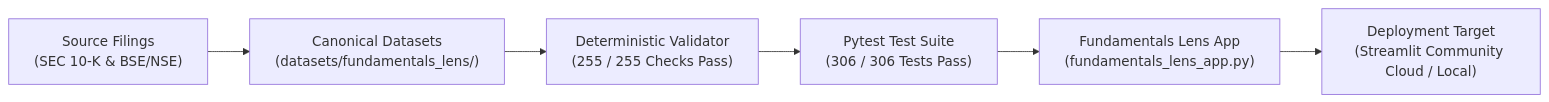
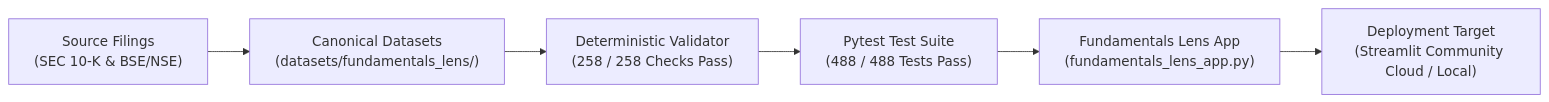
Before and after one commit to Rishika667/Financial-Intelligence-Radar: the diagram in docs/FUNDAMENTALS_LENS_DEPLOYMENT_READINESS.md, drawn with Mermaid. The commit also changed other lines of this file and 32 other files, not shown here.

````diff
--- a/docs/FUNDAMENTALS_LENS_DEPLOYMENT_READINESS.md
+++ b/docs/FUNDAMENTALS_LENS_DEPLOYMENT_READINESS.md
@@ -19,8 +21,8 @@
 ```mermaid
 flowchart LR
     A["Source Filings<br>(SEC 10-K & BSE/NSE)"] --> B["Canonical Datasets<br>(datasets/fundamentals_lens/)"]
-    B --> C["Deterministic Validator<br>(255 / 255 Checks Pass)"]
-    C --> D["Pytest Test Suite<br>(306 / 306 Tests Pass)"]
+    B --> C["Deterministic Validator<br>(258 / 258 Checks Pass)"]
+    C --> D["Pytest Test Suite<br>(488 / 488 Tests Pass)"]
     D --> E["Fundamentals Lens App<br>(fundamentals_lens_app.py)"]
     E --> F["Deployment Target<br>(Streamlit Community Cloud / Local)"]
 ```
````
